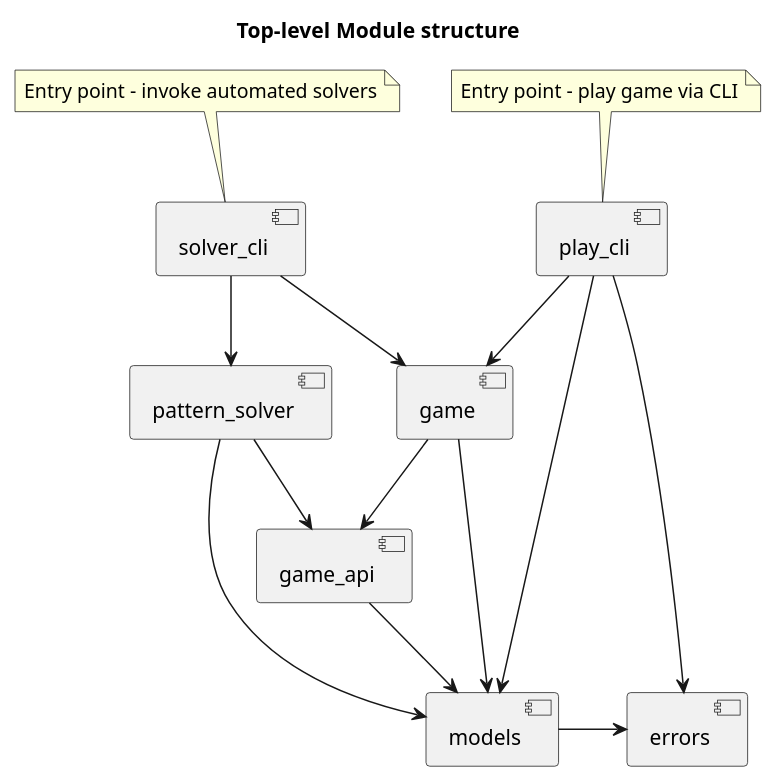
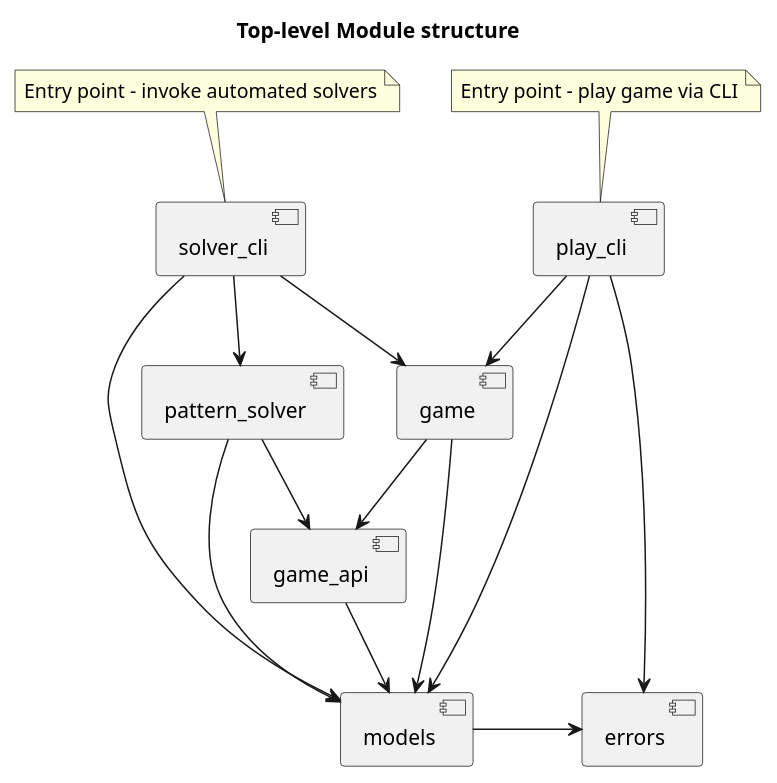
The diagram in docs/modules.puml (Samour/wordle), drawn with PlantUML before and after one commit. The commit also changed 8 other files, not shown here.

Commit message:
Start building CLI for solver

```diff
--- a/docs/modules.puml
+++ b/docs/modules.puml
@@ -1,39 +1,40 @@
 @startuml
 
 title Top-level Module structure
 
 'Instructions:
 'This codebase is utilizing ports-and-adaptor and DI to ensure code cleanliness & prevent circular
 'dependencies.
 'Each direct child of root module (wordle) is an organisation module. If any component of an organisational
 'module imports another organisational model, record it in this module graph. Ensure that no circular
 'dependencies occur.
 
 'Test module can be disregarded for this purpose
 
 [play_cli] --> [game]
 note top of play_cli
     Entry point - play game via CLI
 end note
 
 [play_cli] --> [models]
 [play_cli] --> [errors]
 
 [solver_cli] --> [pattern_solver]
 note top of solver_cli
     Entry point - invoke automated solvers
 end note
 
 [solver_cli] --> [game]
+[solver_cli] --> [models]
 
 [pattern_solver] --> [models]
 [pattern_solver] --> [game_api]
 
 [game] --> [models]
 [game] --> [game_api]
 
 [game_api] --> [models]
 
 [models] -> [errors]
 
 @enduml
```
